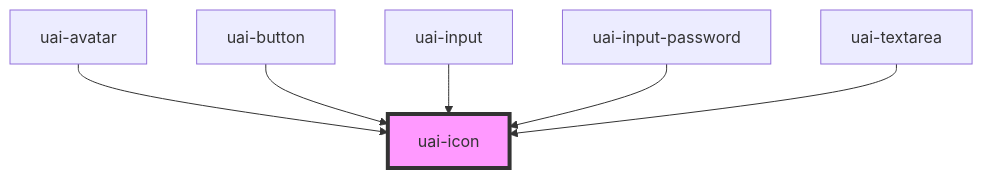
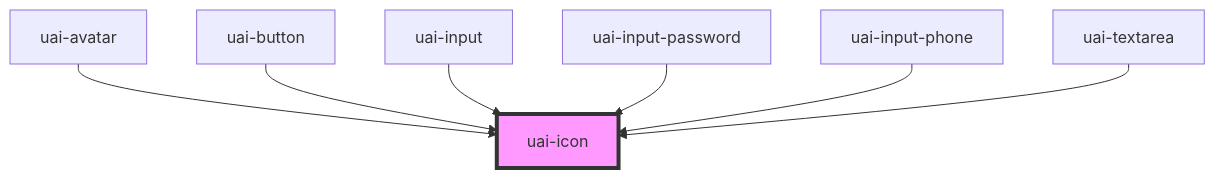
The diagram in src/components/uai-icon/readme.md (takenet/blip-ds), drawn with Mermaid before and after one commit. The commit also changed other lines of this file and 17 other files, not shown here.

First line of the commit message:
feat(uai-input-phone): add the UAI phone input

````diff
--- a/src/components/uai-icon/readme.md
+++ b/src/components/uai-icon/readme.md
@@ -50,9 +51,10 @@
 ```mermaid
 graph TD;
   uai-avatar --> uai-icon
   uai-button --> uai-icon
   uai-input --> uai-icon
   uai-input-password --> uai-icon
+  uai-input-phone --> uai-icon
   uai-textarea --> uai-icon
   style uai-icon fill:#f9f,stroke:#333,stroke-width:4px
 ```
````
